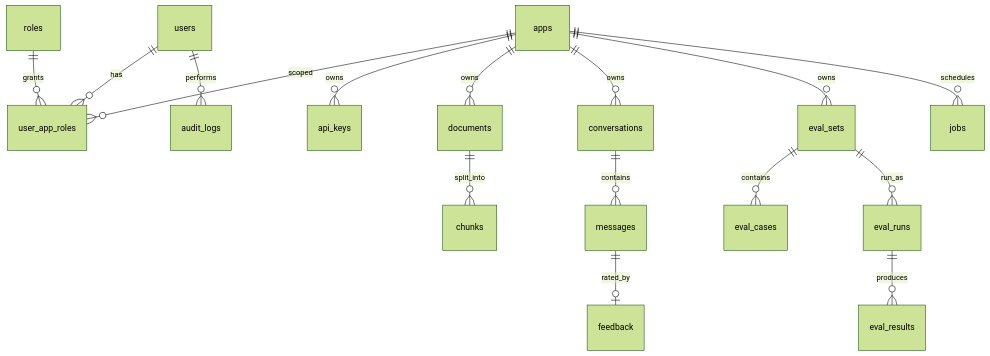
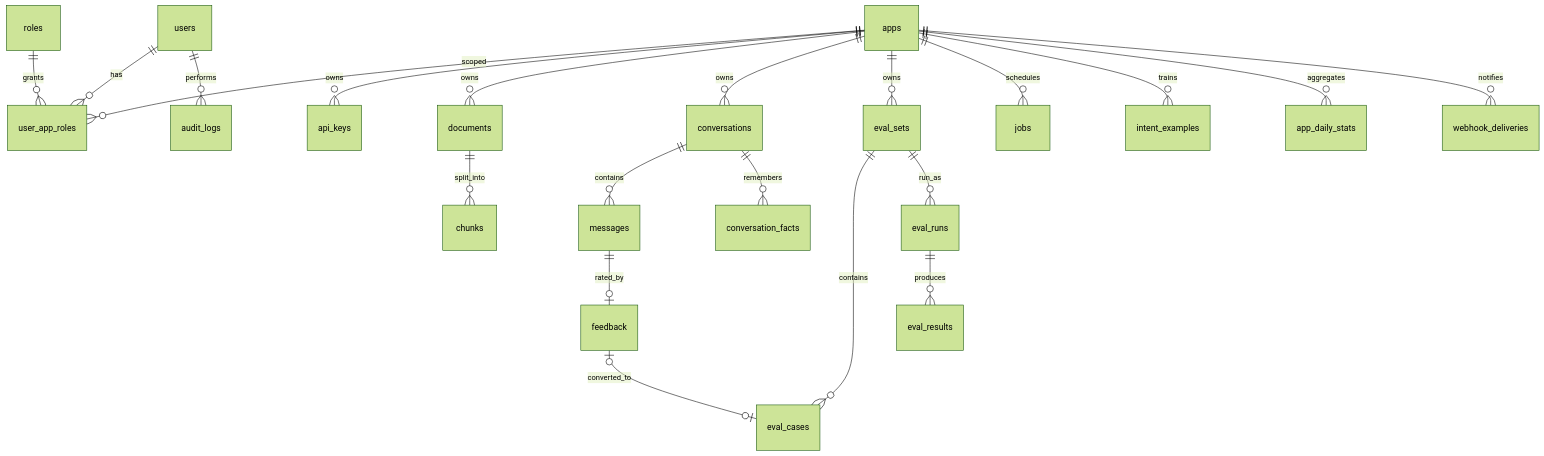
One commit to YKkksss/AIIntelligentCustomerService changed the diagram in docs/03-database/01-数据库设计.md. Above: the diagram before and after it, drawn with Mermaid (forest theme). The commit also changed other lines of this file and 41 other files, not shown here.

````diff
--- a/docs/03-database/01-数据库设计.md
+++ b/docs/03-database/01-数据库设计.md
@@ -12,18 +12,23 @@
 ```mermaid
 erDiagram
   users ||--o{ user_app_roles : has
   roles ||--o{ user_app_roles : grants
   apps  ||--o{ user_app_roles : scoped
   apps  ||--o{ api_keys : owns
   apps  ||--o{ documents : owns
   documents ||--o{ chunks : split_into
   apps  ||--o{ conversations : owns
   conversations ||--o{ messages : contains
+  conversations ||--o{ conversation_facts : remembers
   messages ||--o| feedback : rated_by
+  feedback |o--o| eval_cases : converted_to
   apps  ||--o{ eval_sets : owns
   eval_sets ||--o{ eval_cases : contains
   eval_sets ||--o{ eval_runs : run_as
   eval_runs ||--o{ eval_results : produces
   apps  ||--o{ jobs : schedules
+  apps  ||--o{ intent_examples : trains
+  apps  ||--o{ app_daily_stats : aggregates
+  apps  ||--o{ webhook_deliveries : notifies
   users ||--o{ audit_logs : performs
 ```
````
